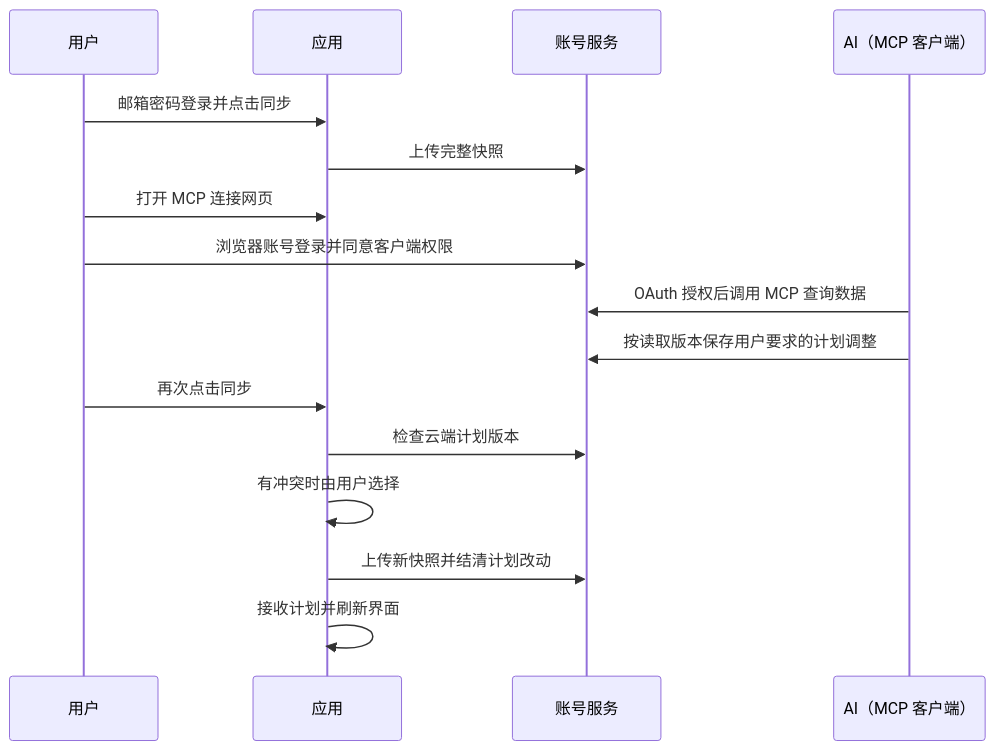
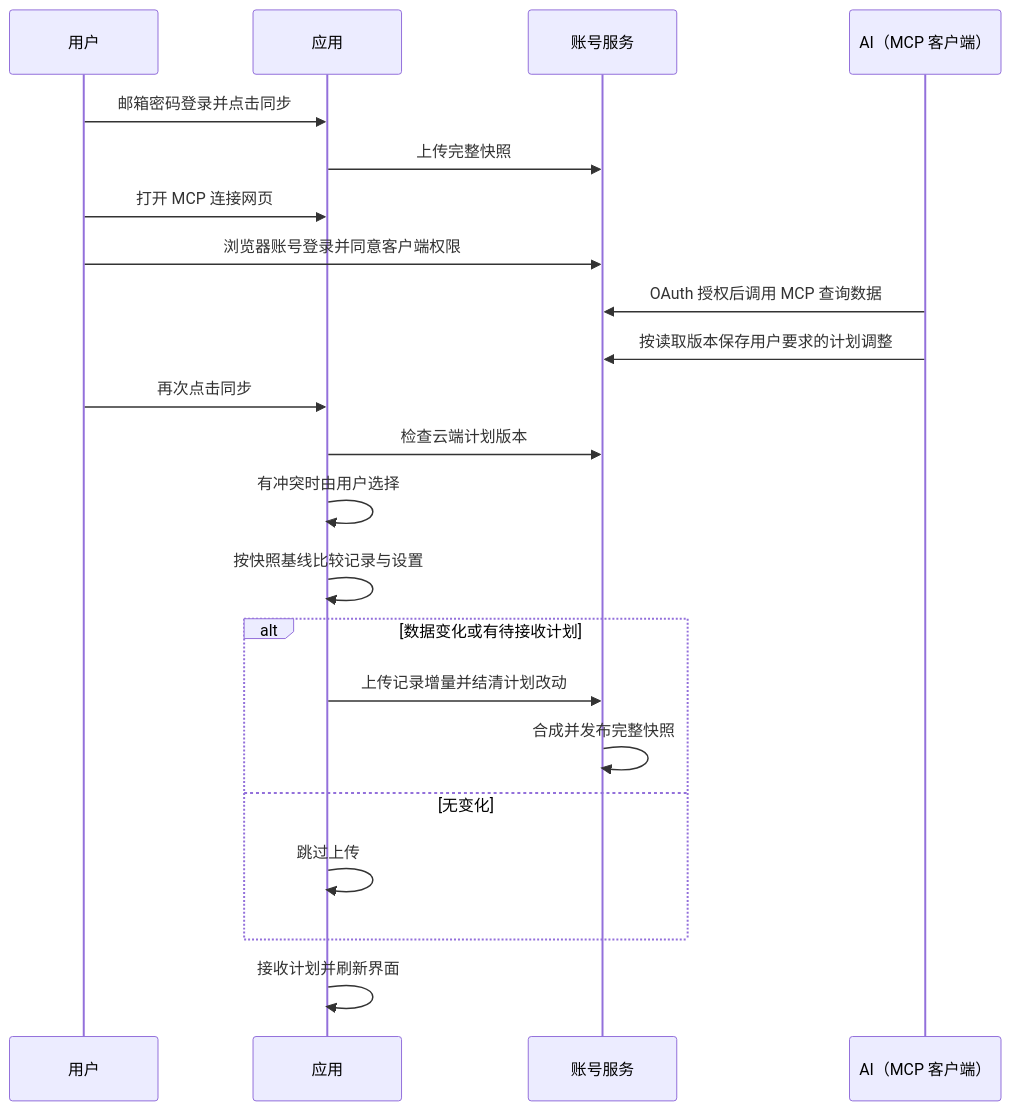
The diagram in docs/account-sync.md (jiachaoDing/represt), drawn with Mermaid before and after one commit. The commit also changed other lines of this file and 10 other files, not shown here.

````diff
--- a/docs/account-sync.md
+++ b/docs/account-sync.md
@@ -18,18 +20,24 @@
 ```mermaid
 sequenceDiagram
     participant U as 用户
     participant L as 应用
     participant S as 账号服务
     participant A as AI（MCP 客户端）
     U->>L: 邮箱密码登录并点击同步
     L->>S: 上传完整快照
     U->>L: 打开 MCP 连接网页
     U->>S: 浏览器账号登录并同意客户端权限
     A->>S: OAuth 授权后调用 MCP 查询数据
     A->>S: 按读取版本保存用户要求的计划调整
     U->>L: 再次点击同步
     L->>S: 检查云端计划版本
     L->>L: 有冲突时由用户选择
-    L->>S: 上传新快照并结清计划改动
+    L->>L: 按快照基线比较记录与设置
+    alt 数据变化或有待接收计划
+        L->>S: 上传记录增量并结清计划改动
+        S->>S: 合成并发布完整快照
+    else 无变化
+        L->>L: 跳过上传
+    end
     L->>L: 接收计划并刷新界面
 ```
````
